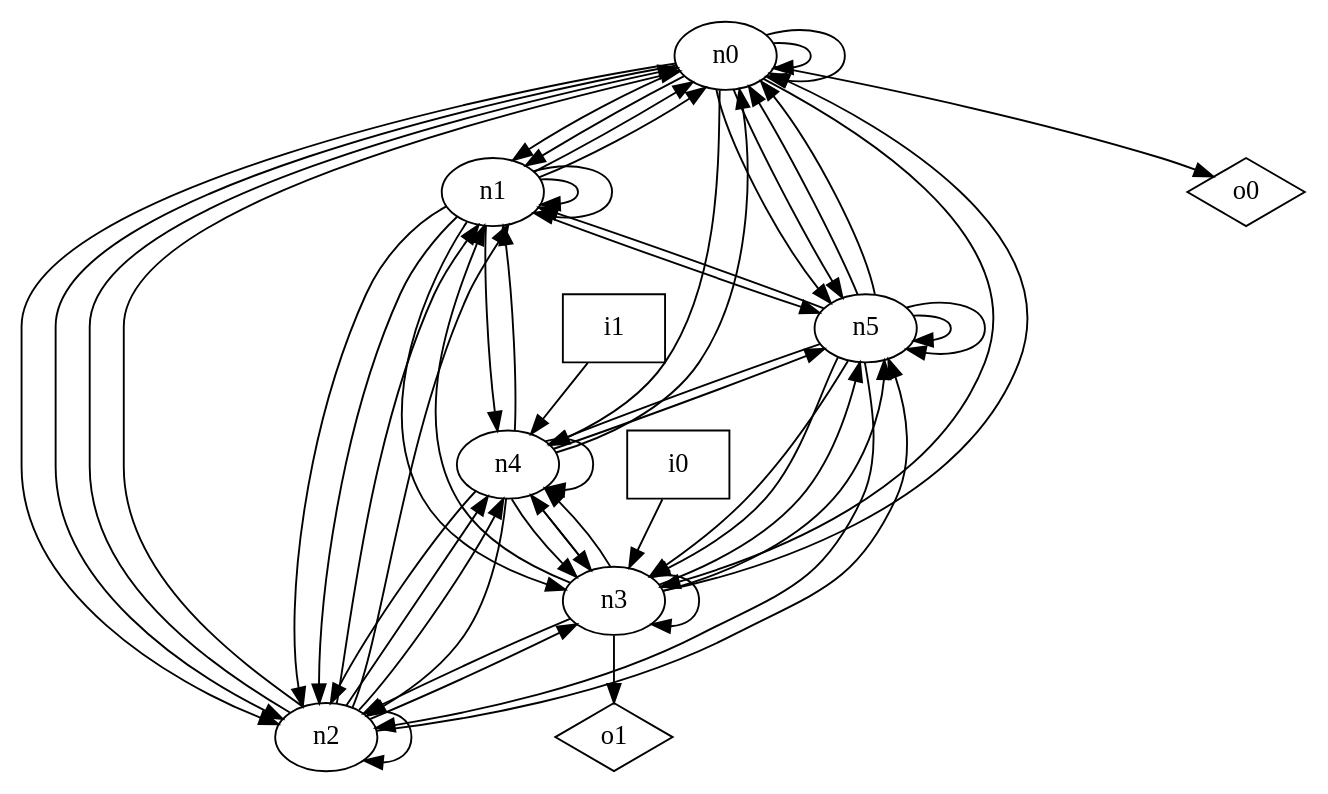
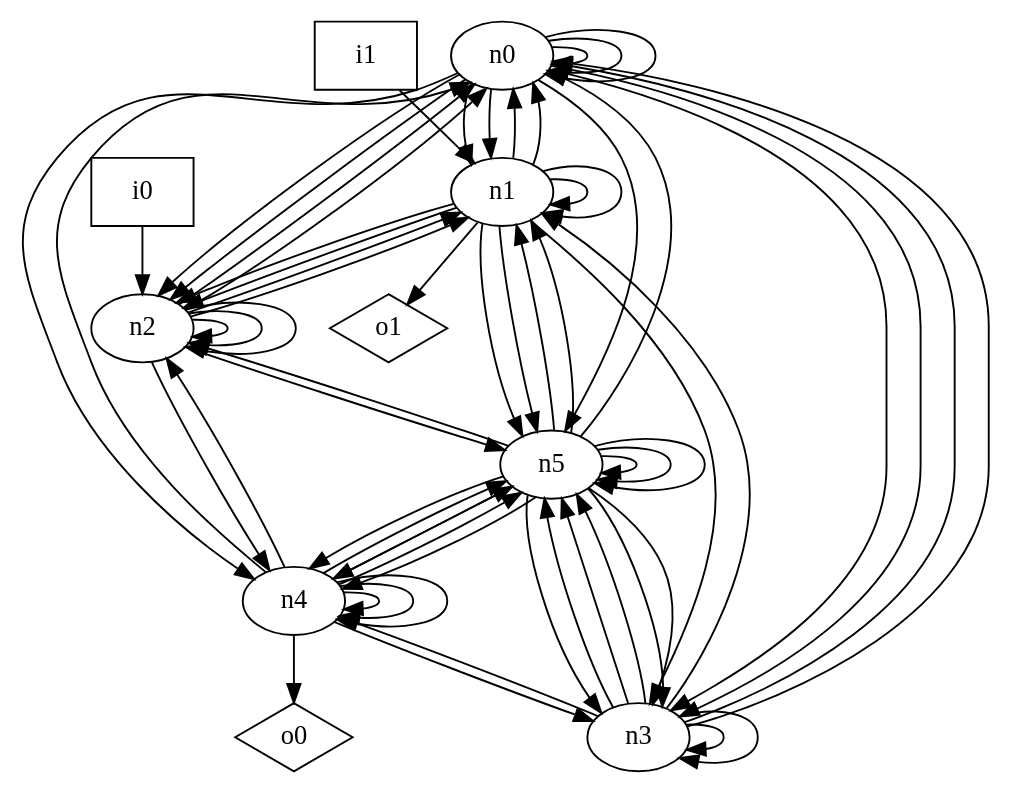
One commit to p9romain/bool-circuits changed the diagram in dot_files/random/random_undirected_graph.dot. Above: the diagram before and after it, drawn with Graphviz. The commit also changed 22 other files, not shown here.

```diff
--- a/dot_files/random/random_undirected_graph.dot
+++ b/dot_files/random/random_undirected_graph.dot
@@ -1,69 +1,76 @@
 digraph G {
 n0 [label="n0"];
 n1 [label="n1"];
 n2 [label="n2"];
 n3 [label="n3"];
 n4 [label="n4"];
 n5 [label="n5"];
 n6 [label="i0",shape="box"];
 n7 [label="i1",shape="box"];
 n8 [label="o0",shape="diamond"];
 n9 [label="o1",shape="diamond"];
 n0 -> n0
 n0 -> n0
+n0 -> n0
 n0 -> n1
 n0 -> n1
 n0 -> n2
 n0 -> n2
 n0 -> n3
+n0 -> n3
 n0 -> n4
 n0 -> n5
-n0 -> n5
-n0 -> n8
 n1 -> n0
 n1 -> n0
 n1 -> n1
 n1 -> n1
 n1 -> n2
 n1 -> n2
 n1 -> n3
-n1 -> n4
 n1 -> n5
+n1 -> n5
+n1 -> n9
 n2 -> n0
 n2 -> n0
 n2 -> n1
 n2 -> n1
 n2 -> n2
-n2 -> n3
-n2 -> n4
+n2 -> n2
+n2 -> n2
 n2 -> n4
 n2 -> n5
 n3 -> n0
+n3 -> n0
 n3 -> n1
-n3 -> n2
 n3 -> n3
-n3 -> n4
+n3 -> n3
 n3 -> n4
 n3 -> n5
 n3 -> n5
-n3 -> n9
+n3 -> n5
 n4 -> n0
-n4 -> n1
-n4 -> n2
 n4 -> n2
 n4 -> n3
-n4 -> n3
+n4 -> n4
+n4 -> n4
 n4 -> n4
 n4 -> n5
+n4 -> n5
+n4 -> n5
+n4 -> n8
 n5 -> n0
-n5 -> n0
+n5 -> n1
 n5 -> n1
 n5 -> n2
 n5 -> n3
 n5 -> n3
+n5 -> n3
+n5 -> n4
+n5 -> n4
 n5 -> n4
 n5 -> n5
 n5 -> n5
-n6 -> n3
-n7 -> n4
+n5 -> n5
+n6 -> n2
+n7 -> n1
 }
```
